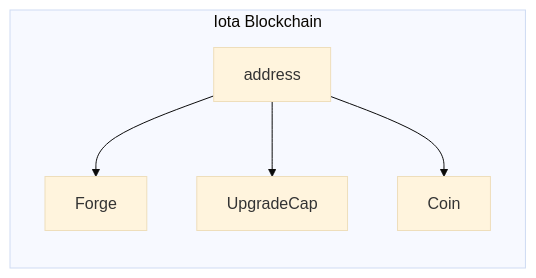
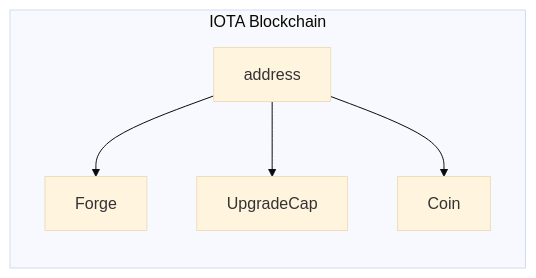
Before and after one commit to rafnixschaf/iota: the first of 2 diagrams in docs/content/guides/developer/first-app/publish.mdx, drawn with Mermaid (base theme). The commit also changed other lines of this file and 402 other files, not shown here.

````diff
--- a/docs/content/guides/developer/first-app/publish.mdx
+++ b/docs/content/guides/developer/first-app/publish.mdx
@@ -72,10 +72,10 @@
 ```mermaid
 flowchart TB
 
-    subgraph Iota Blockchain
+    subgraph IOTA Blockchain
         direction TB
         address --> Forge
 	address --> UpgradeCap
 	address --> Coin
     end
 ```
````
